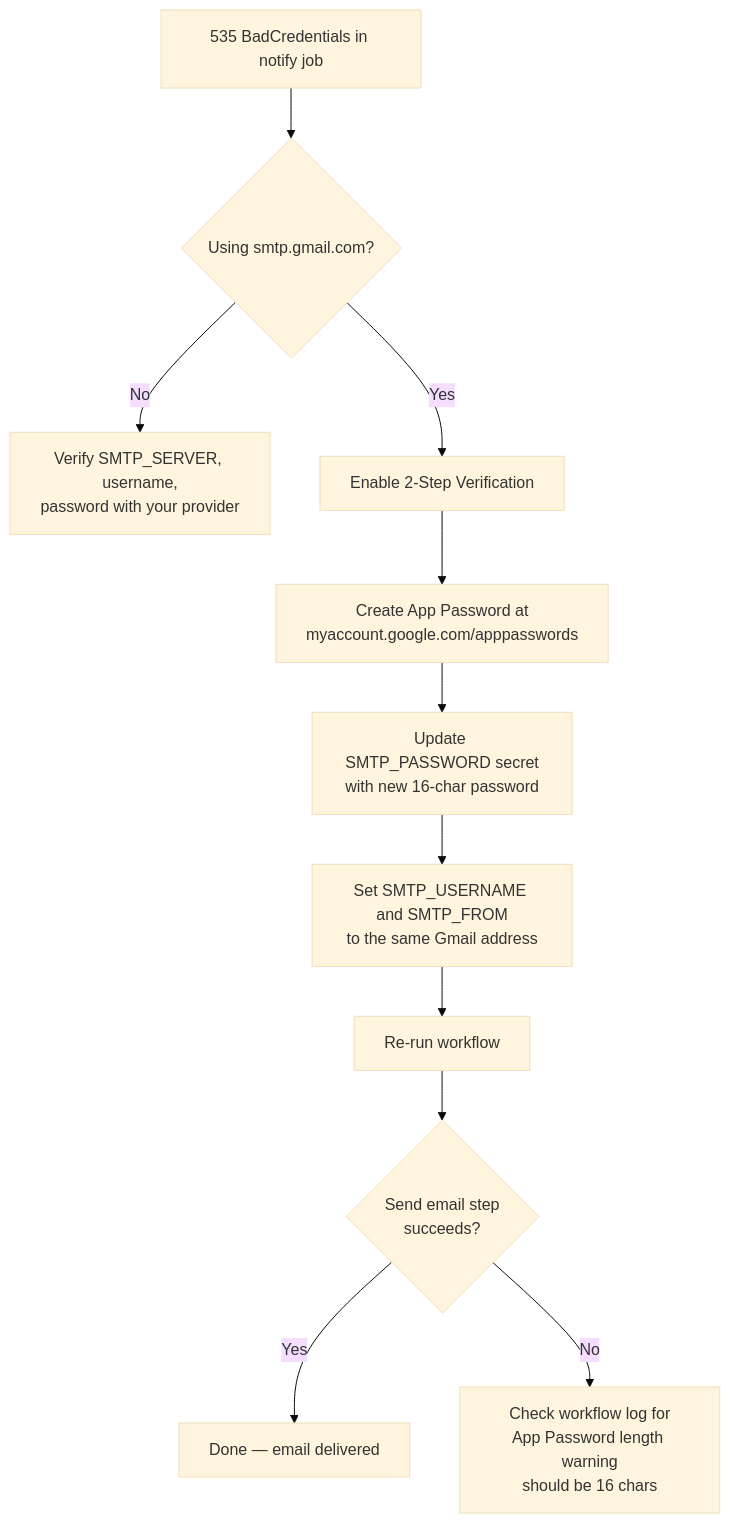
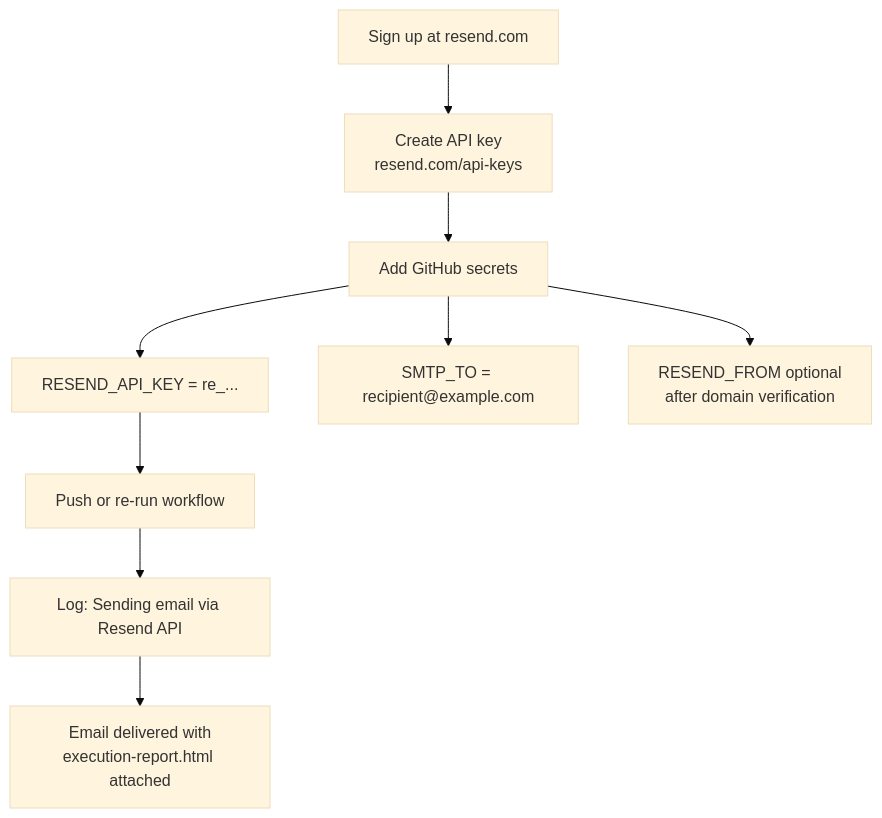
Before and after one commit to chaitussm/Java-Project: diagram 17 of 22 in docs/java-e2e-ci-pipeline-guide.md, drawn with Mermaid (base theme). The commit also changed other lines of this file and 1 other file, not shown here.

First line of the commit message:
Document full CI resolution guide with diagrams for all failures

````diff
--- a/docs/java-e2e-ci-pipeline-guide.md
+++ b/docs/java-e2e-ci-pipeline-guide.md
@@ -438,13 +653,11 @@
 ```mermaid
 flowchart TD
-    A["535 BadCredentials in notify job"] --> B{"Using smtp.gmail.com?"}
-    B -- No --> C["Verify SMTP_SERVER, username,\npassword with your provider"]
-    B -- Yes --> D["Enable 2-Step Verification"]
-    D --> E["Create App Password at\nmyaccount.google.com/apppasswords"]
-    E --> F["Update SMTP_PASSWORD secret\nwith new 16-char password"]
-    F --> G["Set SMTP_USERNAME and SMTP_FROM\nto the same Gmail address"]
-    G --> H["Re-run workflow"]
-    H --> I{"Send email step\nsucceeds?"}
-    I -- Yes --> J["Done — email delivered"]
-    I -- No --> K["Check workflow log for\nApp Password length warning\nshould be 16 chars"]
+    A["Sign up at resend.com"] --> B["Create API key\nresend.com/api-keys"]
+    B --> C["Add GitHub secrets"]
+    C --> D["RESEND_API_KEY = re_..."]
+    C --> E["SMTP_TO = recipient@example.com"]
+    C --> F["RESEND_FROM optional\nafter domain verification"]
+    D --> G["Push or re-run workflow"]
+    G --> H["Log: Sending email via Resend API"]
+    H --> I["Email delivered with\nexecution-report.html attached"]
 ```
````
